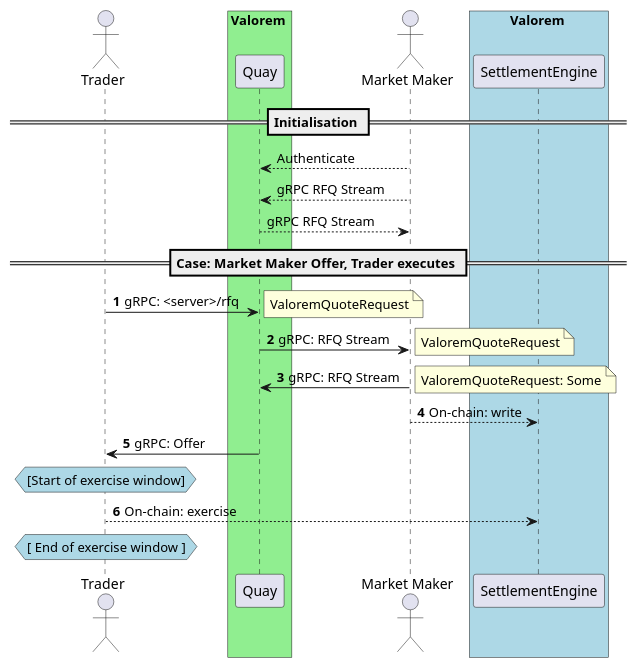
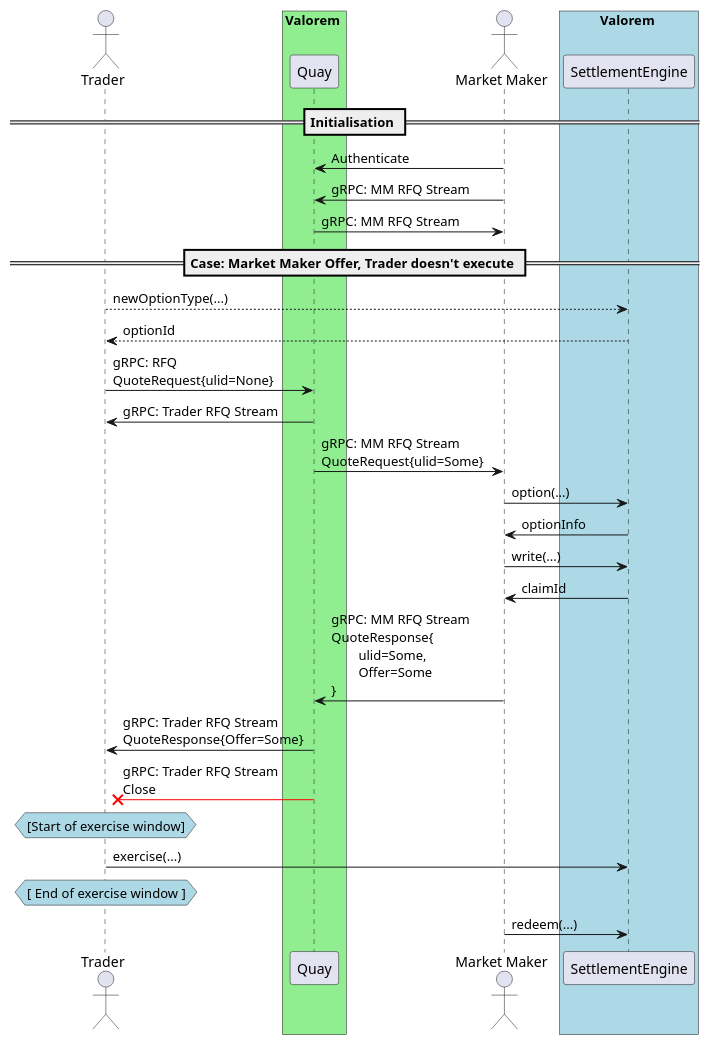
Before and after one commit to prince777-k/quay: the diagram in docs/diagrams/mm_offer_trader_execute.pu, drawn with PlantUML. The commit also changed 10 other files, not shown here.

Commit message:
Docs updates for new maker/taker RFQ flow

```diff
--- a/docs/diagrams/mm_offer_trader_execute.pu
+++ b/docs/diagrams/mm_offer_trader_execute.pu
@@ -1,40 +1,38 @@
 @startuml
 
 actor Trader
 box Valorem #LightGreen
 participant Quay
 end box
 actor "Market Maker" as MM
 box Valorem #LightBlue
 participant SettlementEngine as SE
 end box
 
 == Initialisation ==
-MM --> Quay: Authenticate
-MM --> Quay: gRPC RFQ Stream
-Quay --> MM: gRPC RFQ Stream
+MM -> Quay: Authenticate
+MM -> Quay: gRPC: MM RFQ Stream
+Quay -> MM: gRPC: MM RFQ Stream
 
-== Case: Market Maker Offer, Trader executes ==
-autonumber
-Trader -> Quay: gRPC: <server>/rfq
-note right
-ValoremQuoteRequest
-end note
-Quay -> MM: gRPC: RFQ Stream
-note right
-ValoremQuoteRequest
-end note
-MM -> Quay: gRPC: RFQ Stream
-note right
-ValoremQuoteRequest: Some
-end note
-MM --> SE: On-chain: write
-Quay -> Trader: gRPC: Offer
+== Case: Market Maker Offer, Trader doesn't execute ==
+Trader --> SE: newOptionType(...)
+SE --> Trader: optionId
+Trader -> Quay: gRPC: RFQ\nQuoteRequest{ulid=None}
+Quay -> Trader: gRPC: Trader RFQ Stream
+Quay -> MM: gRPC: MM RFQ Stream\nQuoteRequest{ulid=Some}
+MM -> SE: option(...)
+SE -> MM: optionInfo
+MM -> SE: write(...)
+SE -> MM: claimId
+MM -> Quay: gRPC: MM RFQ Stream\nQuoteResponse{\n\tulid=Some,\n\tOffer=Some\n}
+Quay -> Trader: gRPC: Trader RFQ Stream\nQuoteResponse{Offer=Some}
+Quay -[#red]X Trader: gRPC: Trader RFQ Stream\nClose
 hnote over Trader #lightBlue
 [Start of exercise window]
 end hnote
-Trader --> SE: On-chain: exercise
+Trader -> SE: exercise(...)
 hnote over Trader #lightBlue
 [ End of exercise window ]
 end hnote
+MM -> SE: redeem(...)
 @enduml
```
